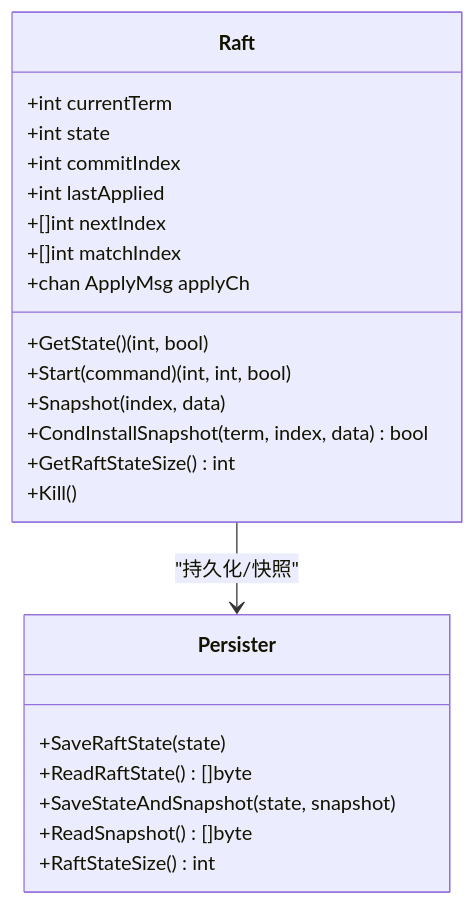
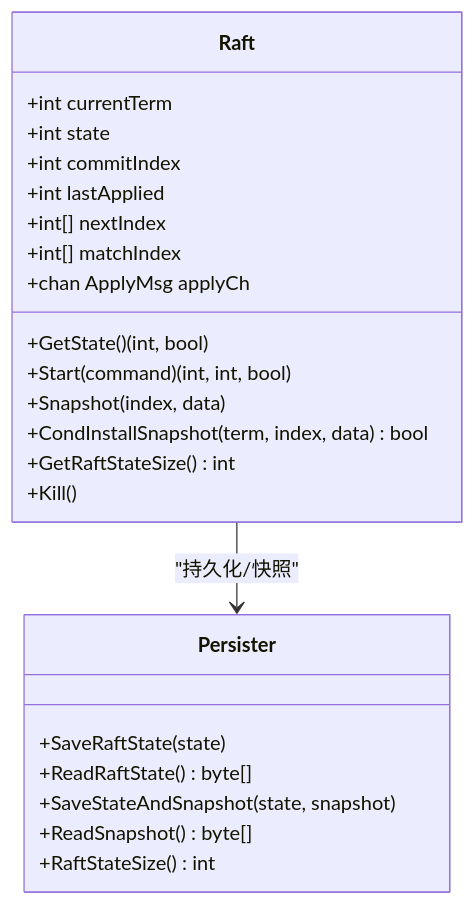
One commit to eraft-io/eraft changed the third of 7 diagrams in wiki/架构设计/整体架构概览.md. Above: the diagram before and after it, drawn with Mermaid. The commit also changed 35 other files, not shown here.

````diff
--- a/wiki/架构设计/整体架构概览.md
+++ b/wiki/架构设计/整体架构概览.md
@@ -133,26 +133,26 @@
 ```mermaid
 classDiagram
 class Raft {
 +int currentTerm
 +int state
 +int commitIndex
 +int lastApplied
-+[]int nextIndex
-+[]int matchIndex
++int[] nextIndex
++int[] matchIndex
 +chan ApplyMsg applyCh
 +GetState() (int, bool)
 +Start(command) (int, int, bool)
 +Snapshot(index, data)
 +CondInstallSnapshot(term, index, data) bool
 +GetRaftStateSize() int
 +Kill()
 }
 class Persister {
 +SaveRaftState(state)
-+ReadRaftState() []byte
++ReadRaftState() byte[]
 +SaveStateAndSnapshot(state, snapshot)
-+ReadSnapshot() []byte
++ReadSnapshot() byte[]
 +RaftStateSize() int
 }
 Raft --> Persister : "持久化/快照"
 ```
````
